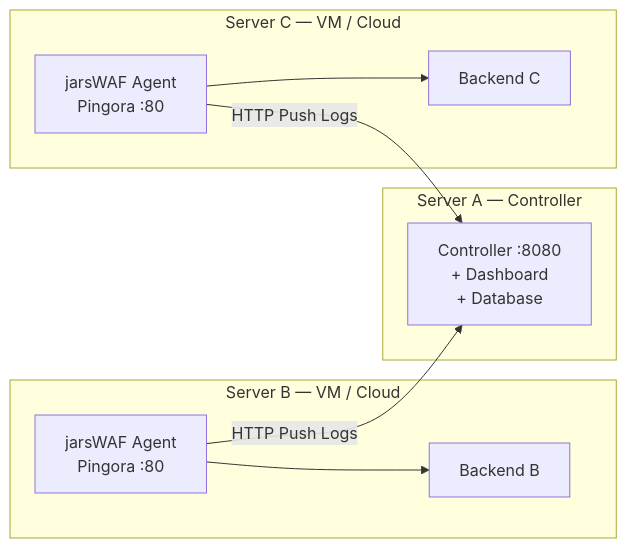
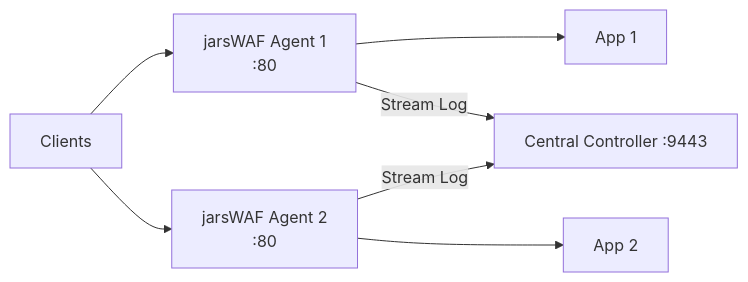
The second of 2 diagrams in README.md (Azhar457/jarswaf), drawn with Mermaid before and after one commit. The commit also changed other lines of this file and 98 other files, not shown here.

````diff
--- a/README.md
+++ b/README.md
@@ -121,17 +104,7 @@
 ```mermaid
 flowchart LR
-    subgraph Host_A["Server A — Controller"]
-        API["Controller :8080<br>+ Dashboard<br>+ Database"]
-    end
-
-    subgraph Host_B["Server B — VM / Cloud"]
-        B["jarsWAF Agent<br>Pingora :80"] --> Backend_B["Backend B"]
-    end
-
-    subgraph Host_C["Server C — VM / Cloud"]
-        C["jarsWAF Agent<br>Pingora :80"] --> Backend_C["Backend C"]
-    end
-
-    B -- HTTP Push Logs --> API
-    C -- HTTP Push Logs --> API
+    C["Clients"] --> A1["jarsWAF Agent 1<br>:80"] --> B1["App 1"]
+    C --> A2["jarsWAF Agent 2<br>:80"] --> B2["App 2"]
+    A1 -- Stream Log --> CTRL["Central Controller :9443"]
+    A2 -- Stream Log --> CTRL
 ```
````
